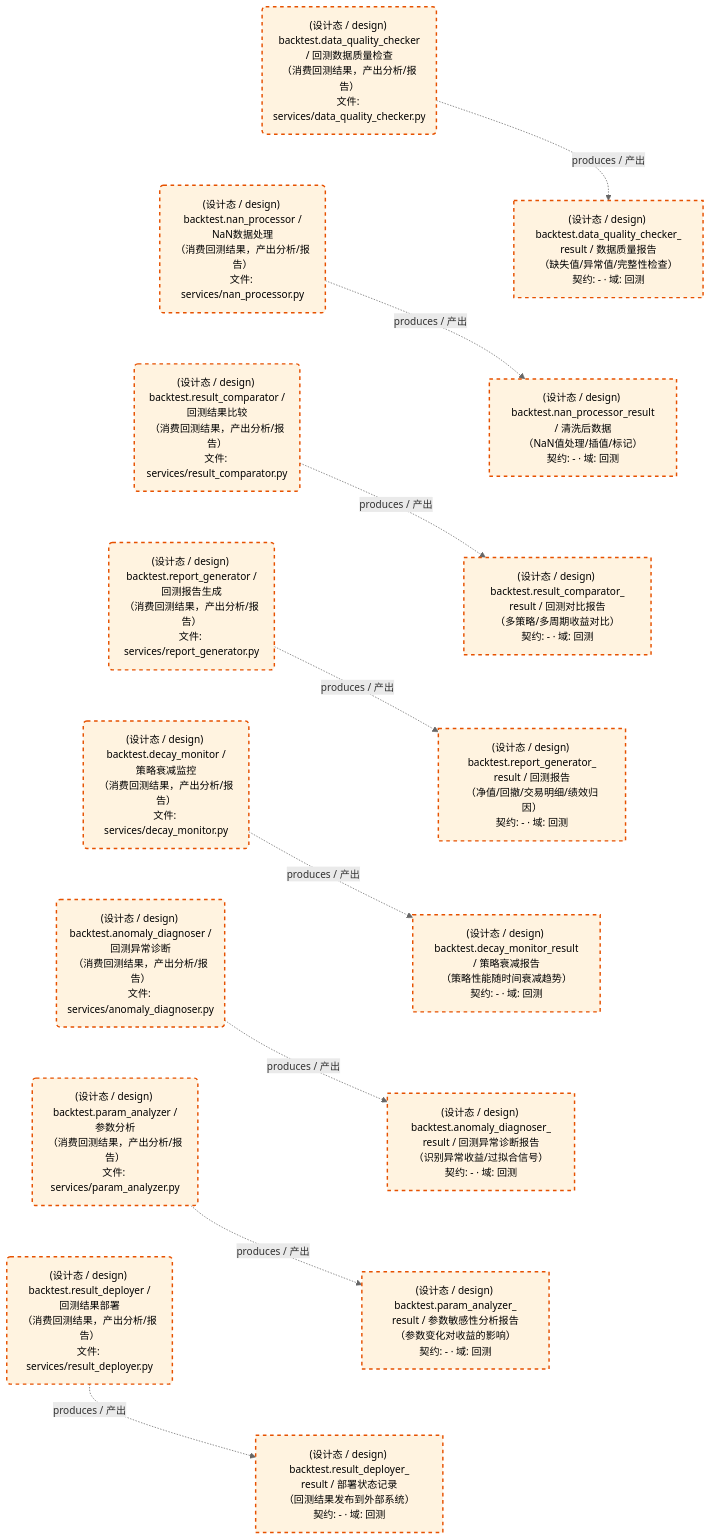
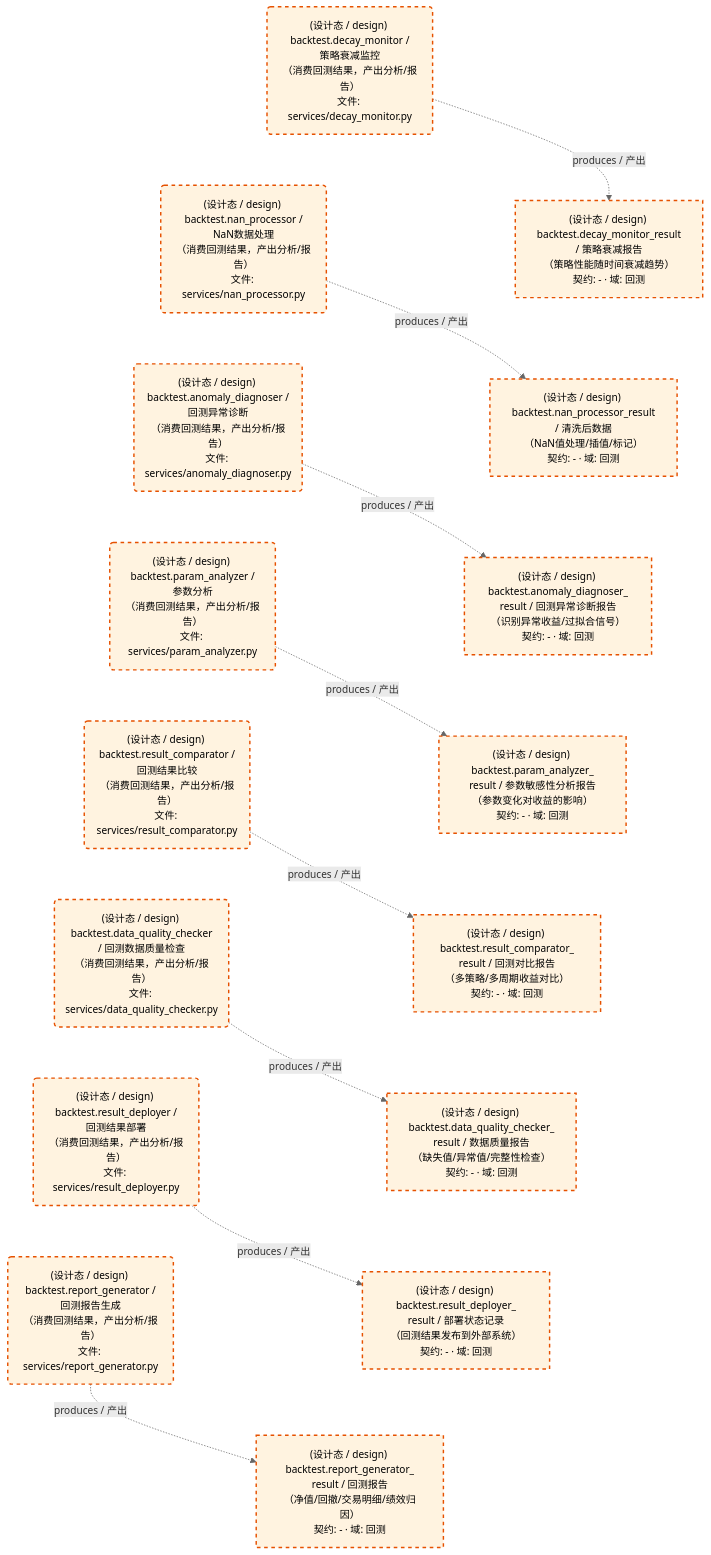
Before and after one commit to xuanFelixVan/ZephyrAlpha: the third of 3 diagrams in docs/02_enterprise_architecture/05_dataflow_architecture/d_backtest.md, drawn with Mermaid. The commit also changed other lines of this file and 190 other files, not shown here.

````diff
--- a/docs/02_enterprise_architecture/05_dataflow_architecture/d_backtest.md
+++ b/docs/02_enterprise_architecture/05_dataflow_architecture/d_backtest.md
@@ -160,47 +160,47 @@
 ```mermaid
 %%{init: {'theme': 'base', 'themeVariables': {'primaryColor': '#eaeaea', 'primaryTextColor': '#333333', 'primaryBorderColor': '#666666', 'lineColor': '#666666', 'secondaryColor': '#eaeaea', 'tertiaryColor': '#eaeaea', 'clusterBkg': 'transparent', 'clusterBorder': 'transparent', 'fontSize': '14px'}}}%%
 flowchart TD
     DS11245["(设计态 / design) backtest.anomaly_diagnoser_<br/>result / 回测异常诊断报告<br/>（识别异常收益/过拟合信号）<br/>契约: - · 域: 回测"]
     DS11246["(设计态 / design) backtest.data_quality_checker_<br/>result / 数据质量报告<br/>（缺失值/异常值/完整性检查）<br/>契约: - · 域: 回测"]
     DS11247["(设计态 / design) backtest.decay_monitor_result<br/>/ 策略衰减报告<br/>（策略性能随时间衰减趋势）<br/>契约: - · 域: 回测"]
     DS11248["(设计态 / design) backtest.nan_processor_result<br/>/ 清洗后数据<br/>（NaN值处理/插值/标记）<br/>契约: - · 域: 回测"]
     DS11249["(设计态 / design) backtest.param_analyzer_<br/>result / 参数敏感性分析报告<br/>（参数变化对收益的影响）<br/>契约: - · 域: 回测"]
     DS11250["(设计态 / design) backtest.report_generator_<br/>result / 回测报告<br/>（净值/回撤/交易明细/绩效归因）<br/>契约: - · 域: 回测"]
     DS11251["(设计态 / design) backtest.result_comparator_<br/>result / 回测对比报告<br/>（多策略/多周期收益对比）<br/>契约: - · 域: 回测"]
     DS11252["(设计态 / design) backtest.result_deployer_<br/>result / 部署状态记录<br/>（回测结果发布到外部系统）<br/>契约: - · 域: 回测"]
     JOB757609("(设计态 / design) backtest.anomaly_diagnoser /<br/>回测异常诊断<br/>（消费回测结果，产出分析/报告）<br/>文件: services/anomaly_diagnoser.py")
     JOB757610("(设计态 / design) backtest.data_quality_checker<br/>/ 回测数据质量检查<br/>（消费回测结果，产出分析/报告）<br/>文件: services/data_quality_checker.py")
     JOB757611("(设计态 / design) backtest.decay_monitor /<br/>策略衰减监控<br/>（消费回测结果，产出分析/报告）<br/>文件: services/decay_monitor.py")
     JOB757612("(设计态 / design) backtest.nan_processor /<br/>NaN数据处理<br/>（消费回测结果，产出分析/报告）<br/>文件: services/nan_processor.py")
     JOB757613("(设计态 / design) backtest.param_analyzer /<br/>参数分析<br/>（消费回测结果，产出分析/报告）<br/>文件: services/param_analyzer.py")
     JOB757614("(设计态 / design) backtest.report_generator /<br/>回测报告生成<br/>（消费回测结果，产出分析/报告）<br/>文件: services/report_generator.py")
     JOB757615("(设计态 / design) backtest.result_comparator /<br/>回测结果比较<br/>（消费回测结果，产出分析/报告）<br/>文件: services/result_comparator.py")
     JOB757616("(设计态 / design) backtest.result_deployer /<br/>回测结果部署<br/>（消费回测结果，产出分析/报告）<br/>文件: services/result_deployer.py")
     JOB757609 -.->|produces / 产出| DS11245
     JOB757610 -.->|produces / 产出| DS11246
     JOB757611 -.->|produces / 产出| DS11247
     JOB757612 -.->|produces / 产出| DS11248
     JOB757613 -.->|produces / 产出| DS11249
     JOB757614 -.->|produces / 产出| DS11250
     JOB757615 -.->|produces / 产出| DS11251
     JOB757616 -.->|produces / 产出| DS11252
-    JOB757610 ~~~ JOB757612
-    JOB757612 ~~~ JOB757615
-    JOB757615 ~~~ JOB757614
-    JOB757614 ~~~ JOB757611
-    JOB757611 ~~~ JOB757609
+    JOB757611 ~~~ JOB757612
+    JOB757612 ~~~ JOB757609
     JOB757609 ~~~ JOB757613
-    JOB757613 ~~~ JOB757616
-    DS11246 ~~~ DS11248
-    DS11248 ~~~ DS11251
-    DS11251 ~~~ DS11250
-    DS11250 ~~~ DS11247
-    DS11247 ~~~ DS11245
+    JOB757613 ~~~ JOB757615
+    JOB757615 ~~~ JOB757610
+    JOB757610 ~~~ JOB757616
+    JOB757616 ~~~ JOB757614
+    DS11247 ~~~ DS11248
+    DS11248 ~~~ DS11245
     DS11245 ~~~ DS11249
-    DS11249 ~~~ DS11252
+    DS11249 ~~~ DS11251
+    DS11251 ~~~ DS11246
+    DS11246 ~~~ DS11252
+    DS11252 ~~~ DS11250
     classDef production fill:#e1f5fe,stroke:#01579b,stroke-width:2px,color:#000
     classDef design fill:#fff3e0,stroke:#e65100,stroke-width:2px,color:#000,stroke-dasharray: 5 5
     classDef external_prod fill:#e8f4fd,stroke:#0277bd,stroke-width:1px,color:#000
     classDef external_design fill:#fff8e7,stroke:#ef6c00,stroke-width:1px,color:#000,stroke-dasharray: 5 5
     class DS11245,DS11246,DS11247,DS11248,DS11249,DS11250,DS11251,DS11252,JOB757609,JOB757610,JOB757611,JOB757612,JOB757613,JOB757614,JOB757615,JOB757616 design
 ```
````
